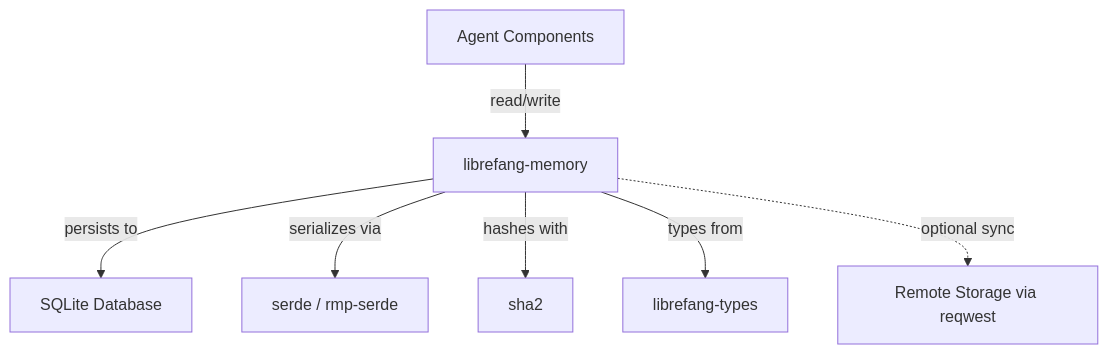
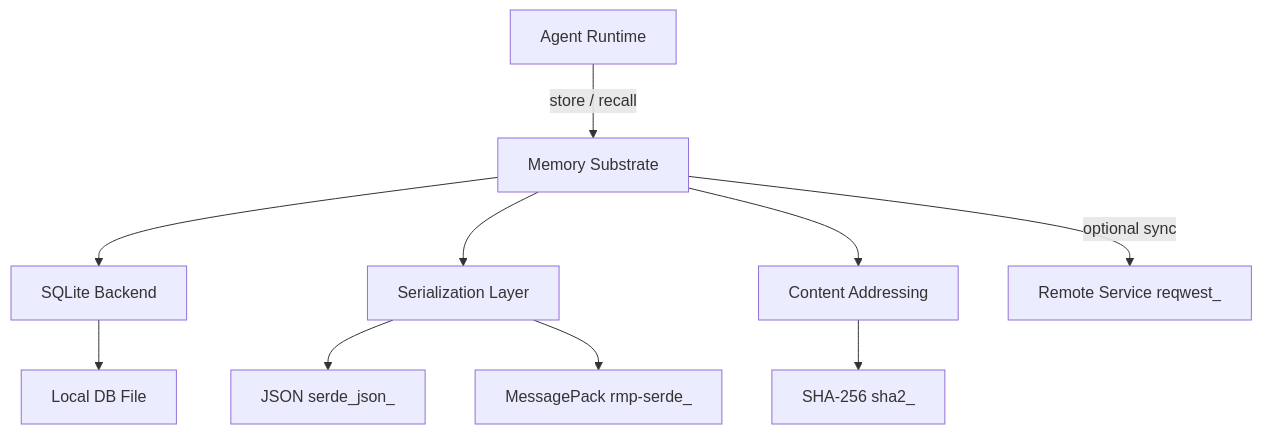
Before and after one commit to leszek3737/librefang-WIki: the diagram in other-librefang-memory.md, drawn with Mermaid. The commit also changed other lines of this file and 99 other files, not shown here.

````diff
--- a/other-librefang-memory.md
+++ b/other-librefang-memory.md
@@ -37,9 +37,12 @@
 ```mermaid
 graph TD
-    A[Agent Components] -->|read/write| M[librefang-memory]
-    M -->|persists to| S[SQLite Database]
-    M -->|serializes via| SE[serde / rmp-serde]
-    M -->|hashes with| H[sha2]
-    M -->|types from| T[librefang-types]
-    M -.->|optional sync| R[Remote Storage via reqwest]
+    A[Agent Runtime] -->|store / recall| B[Memory Substrate]
+    B --> C[SQLite Backend]
+    B --> D[Serialization Layer]
+    D --> E[JSON serde_json_]
+    D --> F[MessagePack rmp-serde_]
+    B --> G[Content Addressing]
+    G --> H[SHA-256 sha2_]
+    C --> I[Local DB File]
+    B -->|optional sync| J[Remote Service reqwest_]
 ```
````
